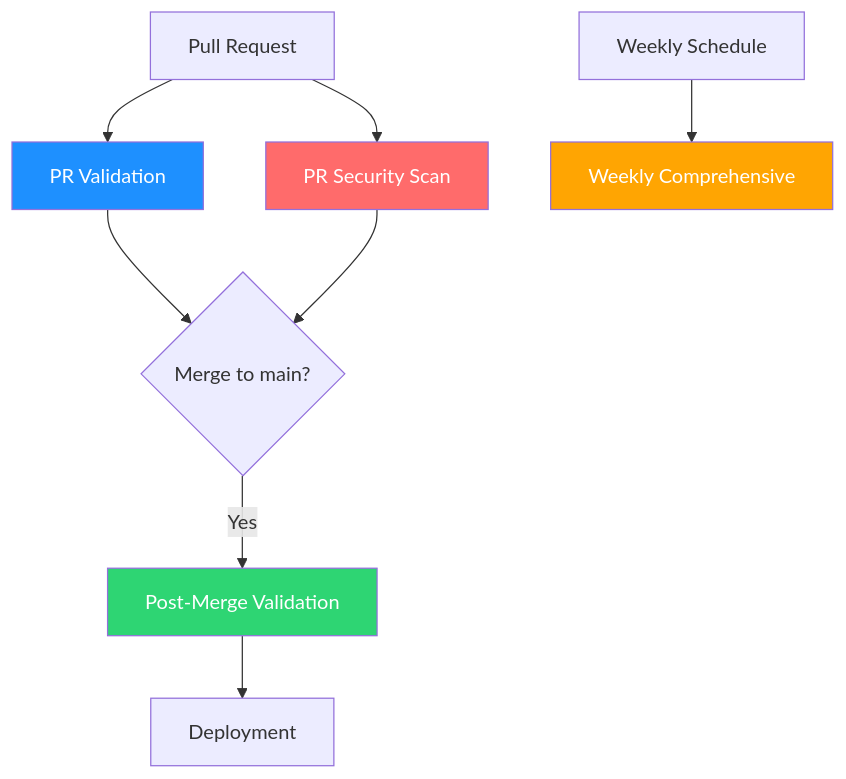
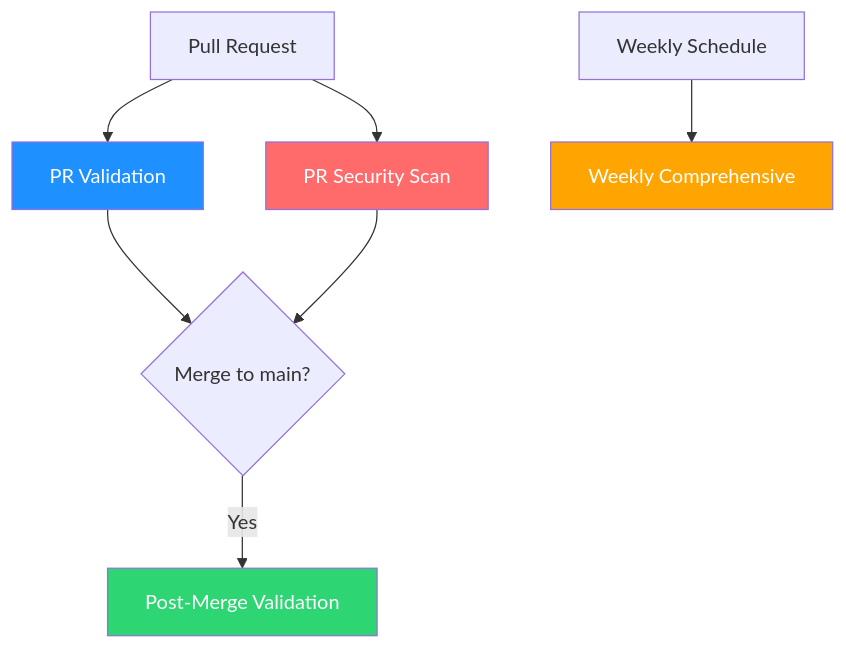
Before and after one commit to yaoki-dev/api-test-devops-portfolio: the diagram in docs/guides/ci_cd_guide.md, drawn with Mermaid. The commit also changed other lines of this file and 2 other files, not shown here.

````diff
--- a/docs/guides/ci_cd_guide.md
+++ b/docs/guides/ci_cd_guide.md
@@ -9,15 +9,14 @@
 ```mermaid
 graph TB
     PR[Pull Request] --> PV[PR Validation]
     PR --> PS[PR Security Scan]
     PV --> Merge{Merge to main?}
     PS --> Merge
     Merge -->|Yes| PM[Post-Merge Validation]
-    PM --> Deploy[Deployment]
     Weekly[Weekly Schedule] --> WC[Weekly Comprehensive]
 
     style PV fill:#1e90ff,color:#fff
     style PS fill:#ff6b6b,color:#fff
     style PM fill:#2ed573,color:#fff
     style WC fill:#ffa502,color:#fff
 ```
````
